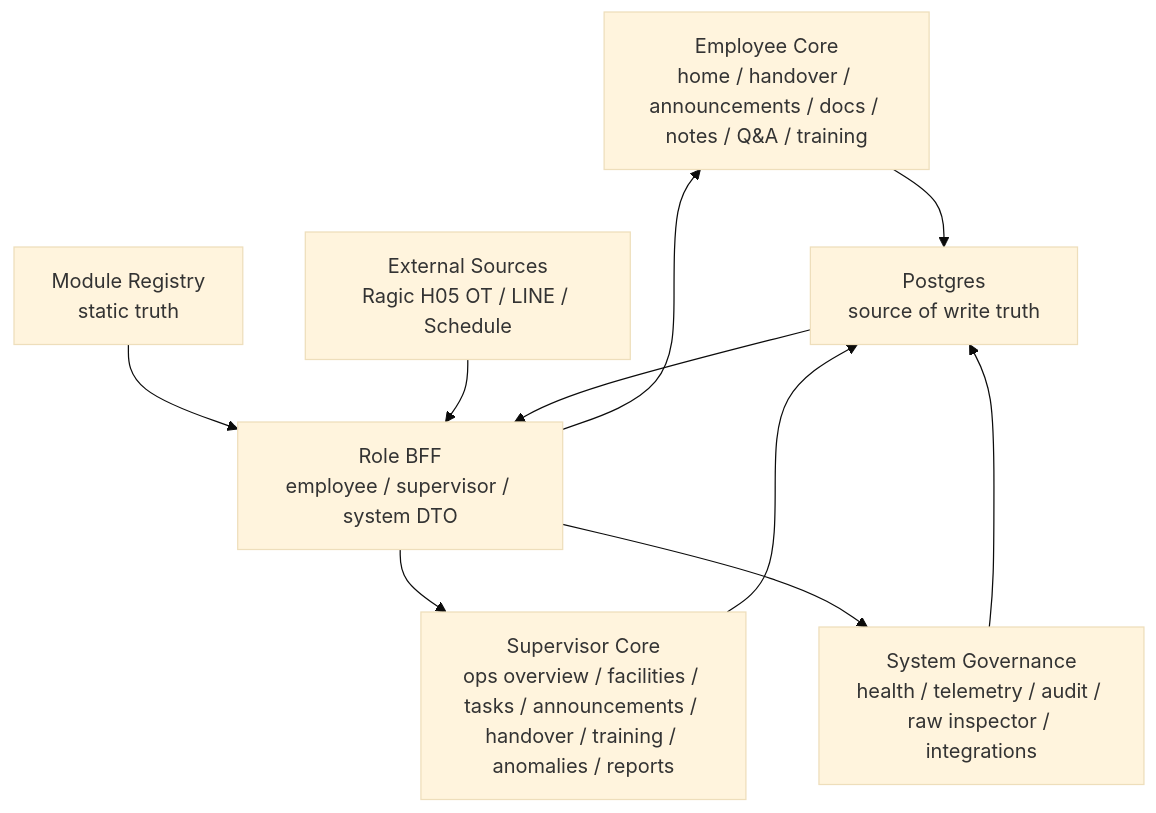
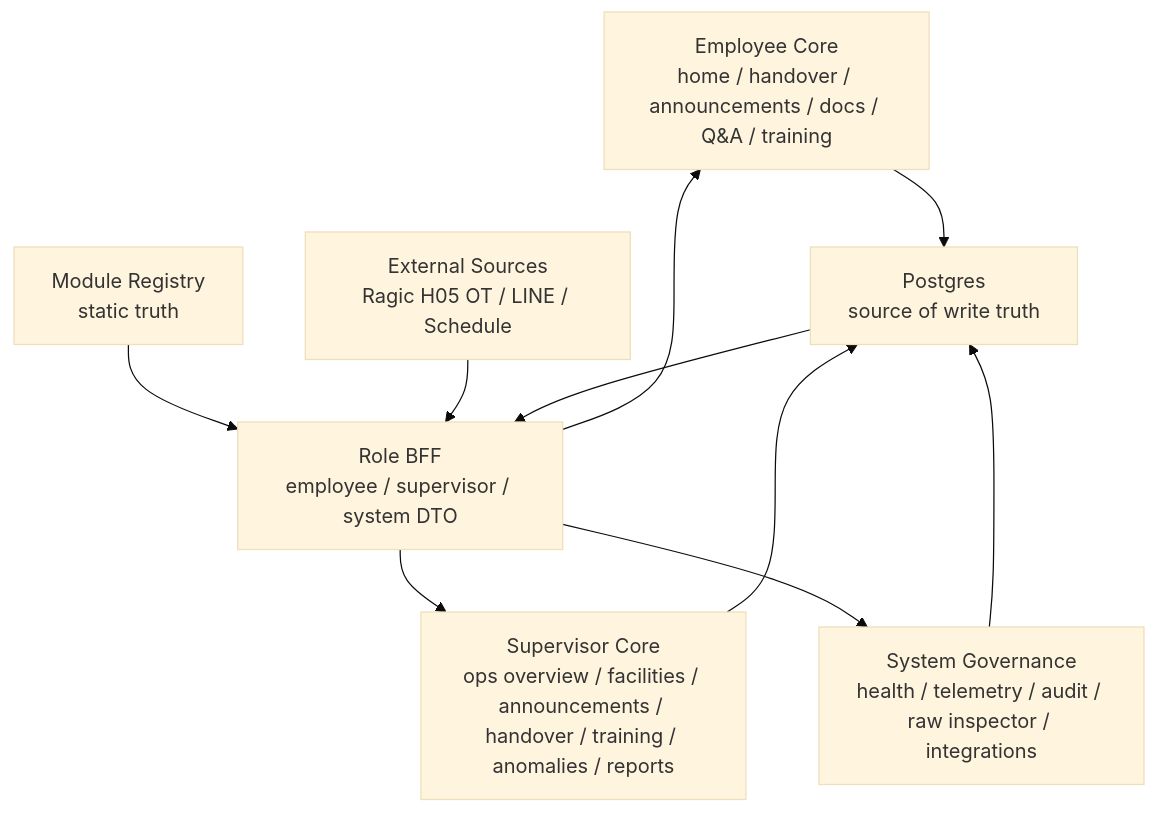
The diagram in docs/planning/CURRENT_PROGRESS_AND_REMAINING_PLAN.md (DAOS-Sport/Dashbord-400), drawn with Mermaid (base theme) before and after one commit. The commit also changed other lines of this file and 84 other files, not shown here.

````diff
--- a/docs/planning/CURRENT_PROGRESS_AND_REMAINING_PLAN.md
+++ b/docs/planning/CURRENT_PROGRESS_AND_REMAINING_PLAN.md
@@ -121,20 +127,20 @@
 ```mermaid
 flowchart TD
-  Employee["Employee Core\nhome / handover / announcements / docs / notes / Q&A / training"]
-  Supervisor["Supervisor Core\nops overview / facilities / tasks / announcements / handover / training / anomalies / reports"]
+  Employee["Employee Core\nhome / handover / announcements / docs / Q&A / training"]
+  Supervisor["Supervisor Core\nops overview / facilities / announcements / handover / training / anomalies / reports"]
   System["System Governance\nhealth / telemetry / audit / raw inspector / integrations"]
   Registry["Module Registry\nstatic truth"]
   BFF["Role BFF\nemployee / supervisor / system DTO"]
   Postgres["Postgres\nsource of write truth"]
   External["External Sources\nRagic H05 OT / LINE / Schedule"]
 
   Registry --> BFF
   External --> BFF
   Postgres --> BFF
   BFF --> Employee
   BFF --> Supervisor
   BFF --> System
   Employee --> Postgres
   Supervisor --> Postgres
   System --> Postgres
 ```
````
